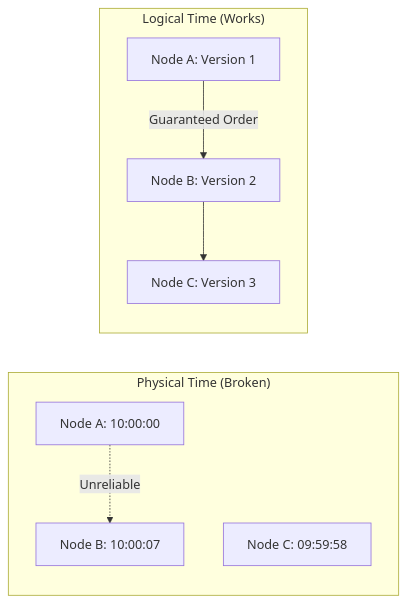
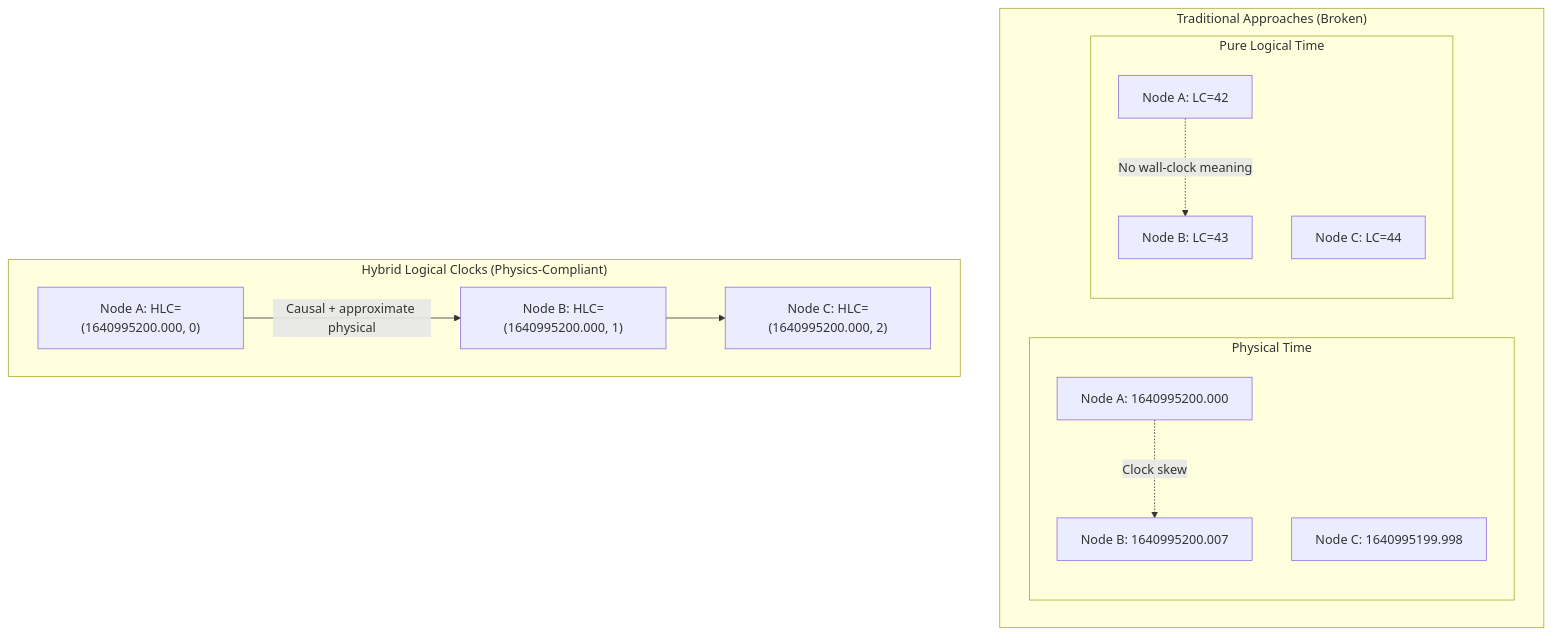
One commit to deepaucksharma/DStudio changed the third of 5 diagrams in docs/core-principles/laws/asynchronous-reality.md. Above: the diagram before and after it, drawn with Mermaid. The commit also changed other lines of this file and 258 other files, not shown here.

````diff
--- a/docs/core-principles/laws/asynchronous-reality.md
+++ b/docs/core-principles/laws/asynchronous-reality.md
@@ -224,18 +404,27 @@
 ```mermaid
-graph LR
-    subgraph "Physical Time (Broken)"
-        P1[Node A: 10:00:00]
-        P2[Node B: 10:00:07]
-        P3[Node C: 09:59:58]
+graph TB
+    subgraph "Traditional Approaches (Broken)"
+        subgraph "Physical Time"
+            PT1["Node A: 1640995200.000"]
+            PT2["Node B: 1640995200.007"]
+            PT3["Node C: 1640995199.998"]
+        end
+        
+        subgraph "Pure Logical Time"
+            LT1["Node A: LC=42"]
+            LT2["Node B: LC=43"]
+            LT3["Node C: LC=44"]
+        end
     end
     
-    subgraph "Logical Time (Works)"
-        L1[Node A: Version 1]
-        L2[Node B: Version 2]
-        L3[Node C: Version 3]
+    subgraph "Hybrid Logical Clocks (Physics-Compliant)"
+        HLC1["Node A: HLC=(1640995200.000, 0)"]
+        HLC2["Node B: HLC=(1640995200.000, 1)"]
+        HLC3["Node C: HLC=(1640995200.000, 2)"]
     end
     
-    P1 -.->|"Unreliable"| P2
-    L1 -->|"Guaranteed Order"| L2
-    L2 --> L3
+    PT1 -.->|"Clock skew"| PT2
+    LT1 -.->|"No wall-clock meaning"| LT2
+    HLC1 -->|"Causal + approximate physical"| HLC2
+    HLC2 --> HLC3
 ```
````
